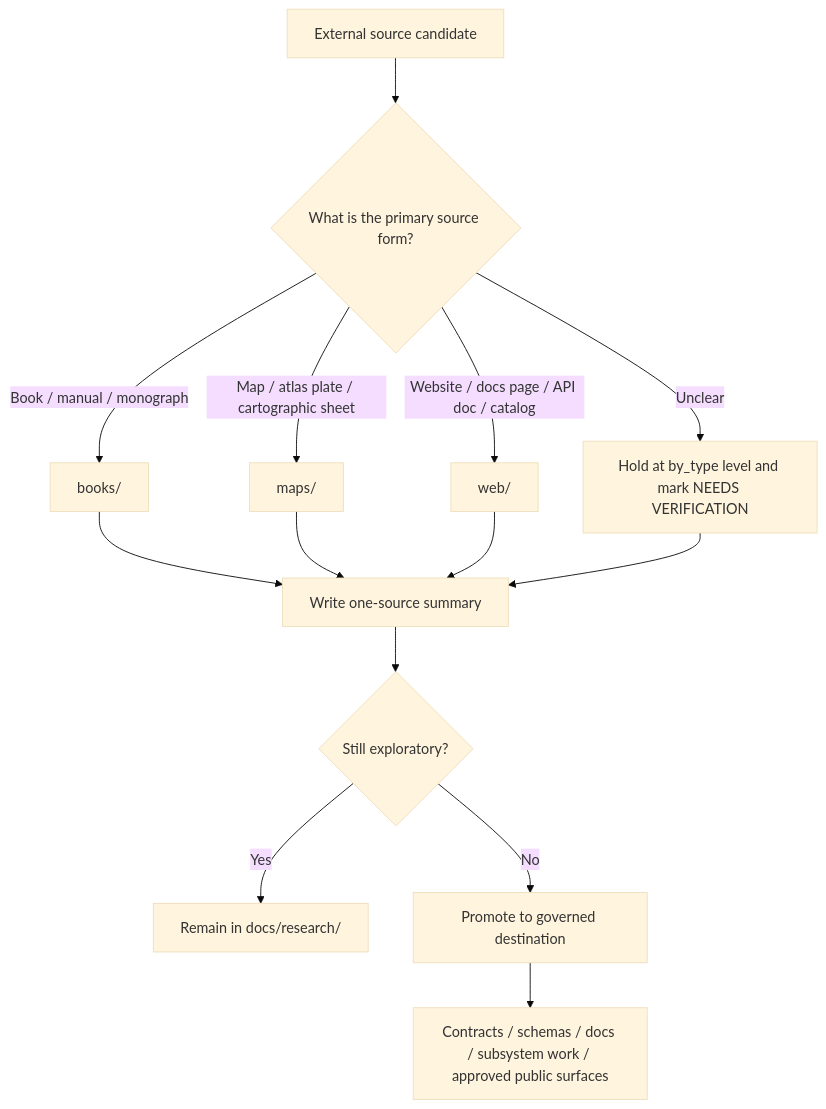
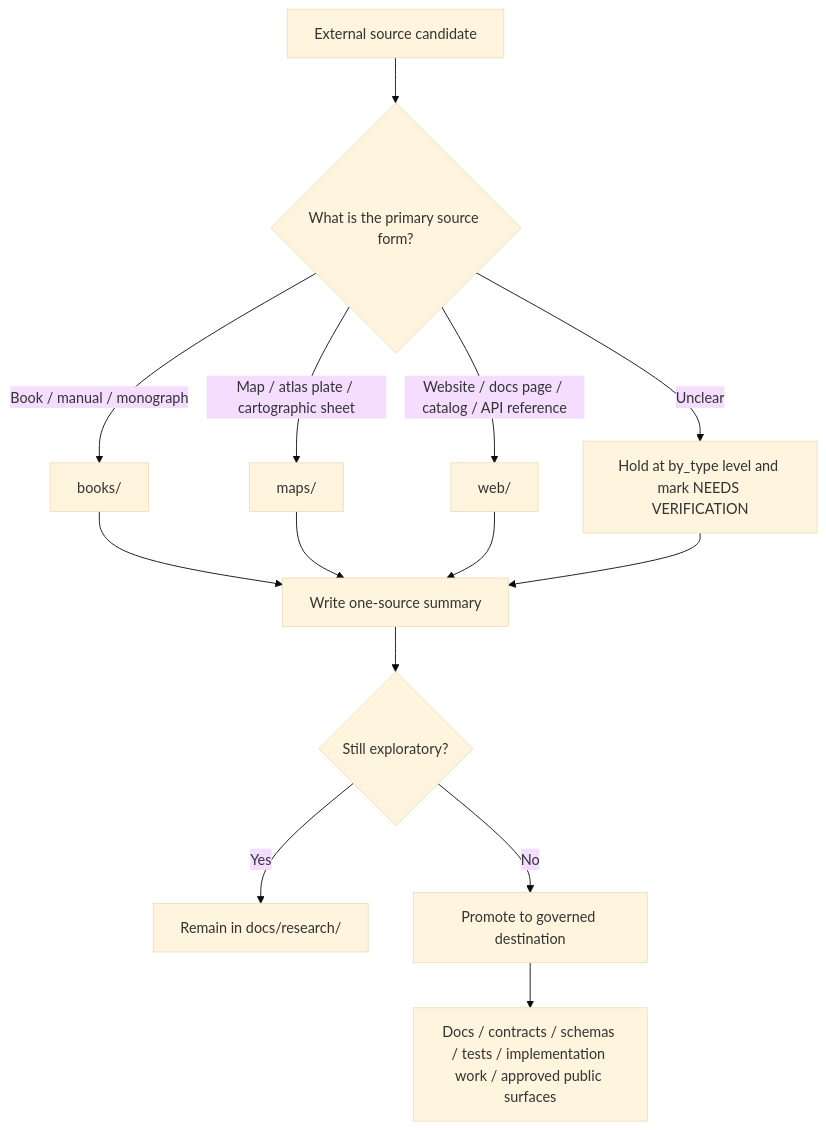
One commit to bartytime4life/Kansas-Frontier-Matrix changed the diagram in docs/research/source_summaries/by_type/README.md. Above: the diagram before and after it, drawn with Mermaid (base theme). The commit also changed other lines of this file, not shown here.

````diff
--- a/docs/research/source_summaries/by_type/README.md
+++ b/docs/research/source_summaries/by_type/README.md
@@ -164,19 +181,20 @@
 ```mermaid
 flowchart TD
     A[External source candidate] --> B{What is the primary source form?}
+
     B -->|Book / manual / monograph| C[books/]
     B -->|Map / atlas plate / cartographic sheet| D[maps/]
-    B -->|Website / docs page / API doc / catalog| E[web/]
+    B -->|Website / docs page / catalog / API reference| E[web/]
     B -->|Unclear| F[Hold at by_type level and mark NEEDS VERIFICATION]
 
     C --> G[Write one-source summary]
     D --> G
     E --> G
     F --> G
 
     G --> H{Still exploratory?}
     H -->|Yes| I[Remain in docs/research/]
     H -->|No| J[Promote to governed destination]
 
-    J --> K[Contracts / schemas / docs / subsystem work / approved public surfaces]
+    J --> K[Docs / contracts / schemas / tests / implementation work / approved public surfaces]
 ```
````
